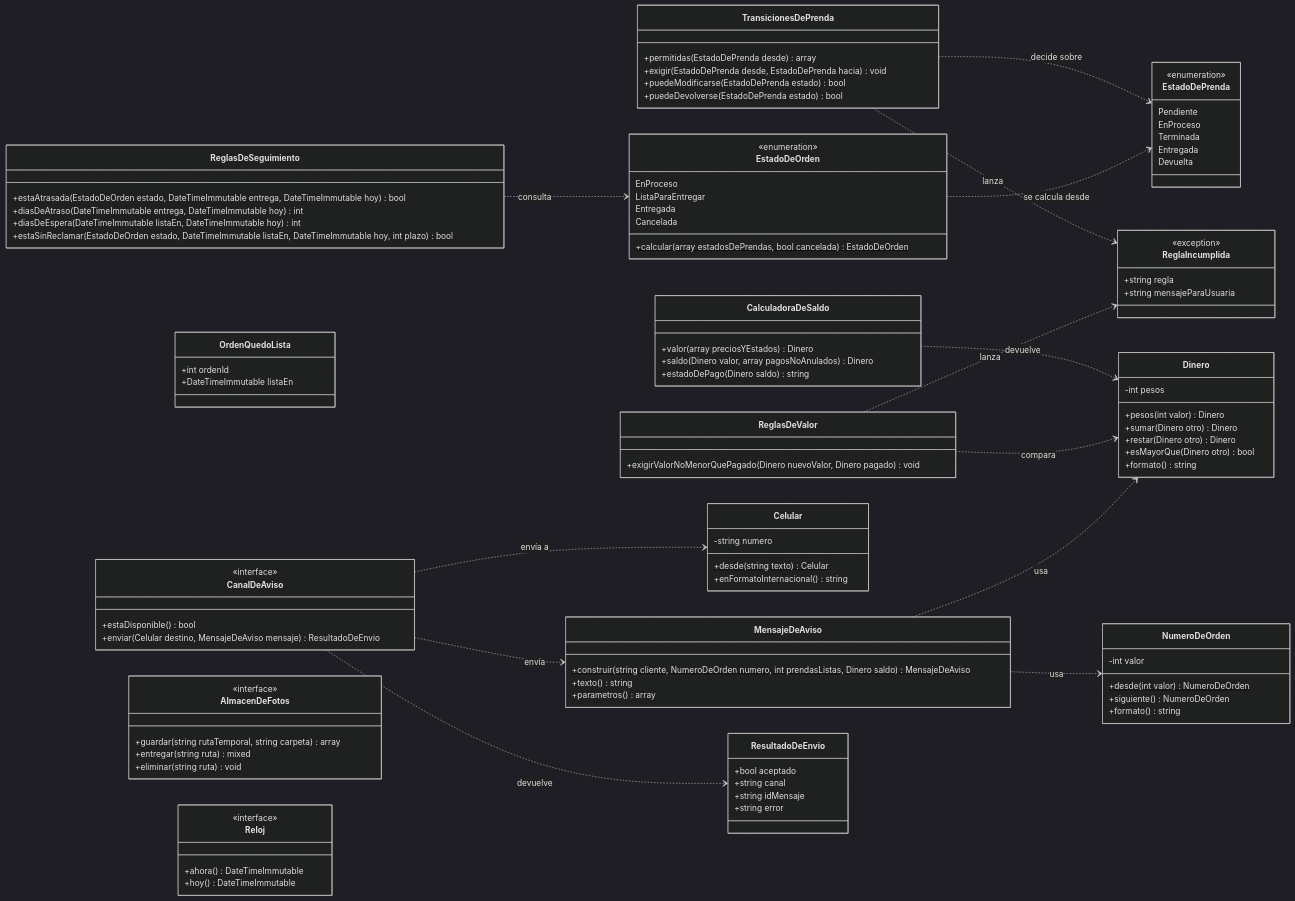
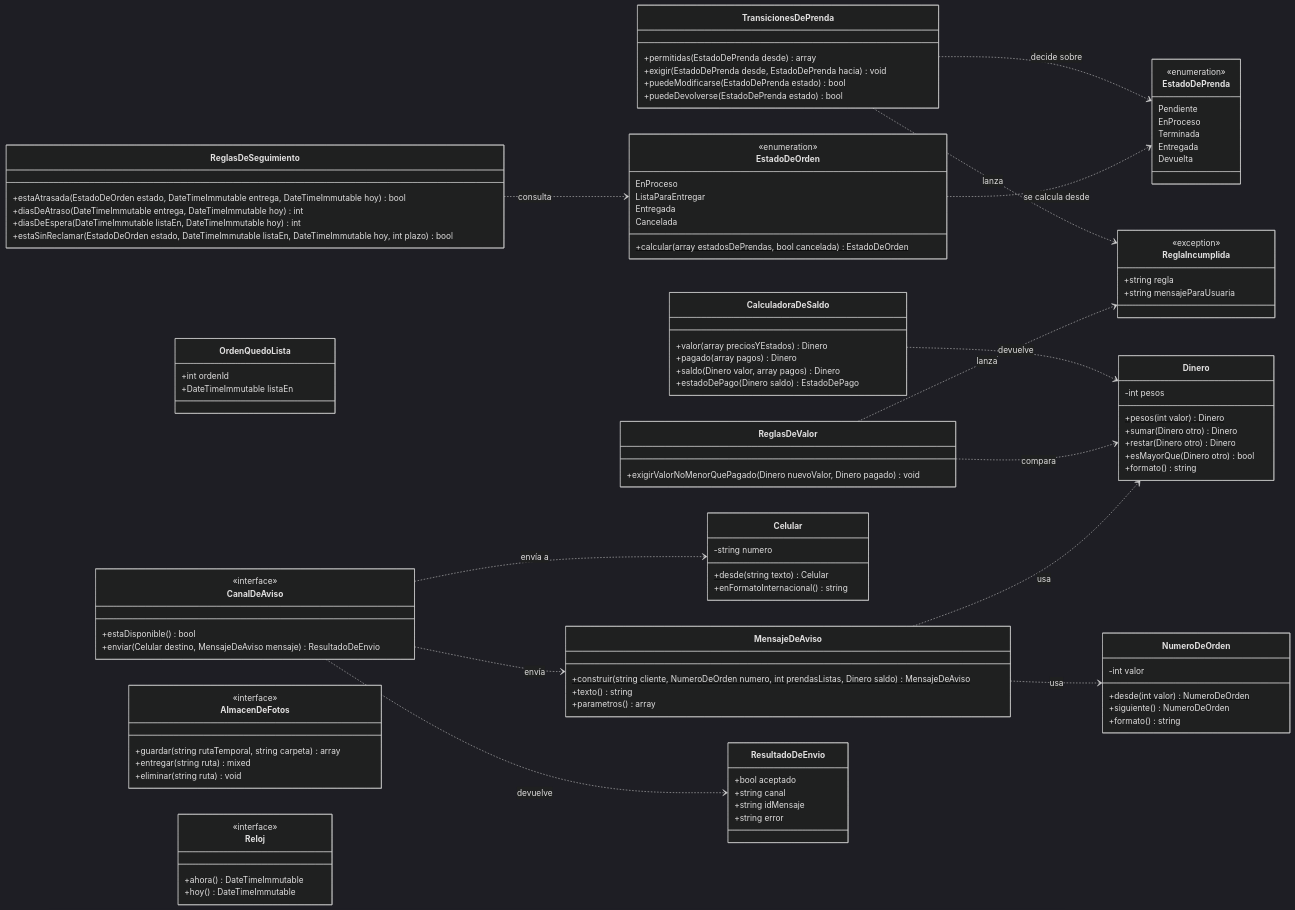
The first of 13 diagrams in docs/03-diseno/diagramas/README.md (Aryannext/El-taller-ines), drawn with Mermaid (dark theme) before and after one commit. The commit also changed 18 other files, not shown here.

```diff
--- a/docs/03-diseno/diagramas/README.md
+++ b/docs/03-diseno/diagramas/README.md
@@ -95,8 +95,9 @@
     }
     class CalculadoraDeSaldo {
         +valor(array preciosYEstados) Dinero
-        +saldo(Dinero valor, array pagosNoAnulados) Dinero
-        +estadoDePago(Dinero saldo) string
+        +pagado(array pagos) Dinero
+        +saldo(Dinero valor, array pagos) Dinero
+        +estadoDePago(Dinero saldo) EstadoDePago
     }
     class ReglasDeValor {
         +exigirValorNoMenorQuePagado(Dinero nuevoValor, Dinero pagado) void
```
